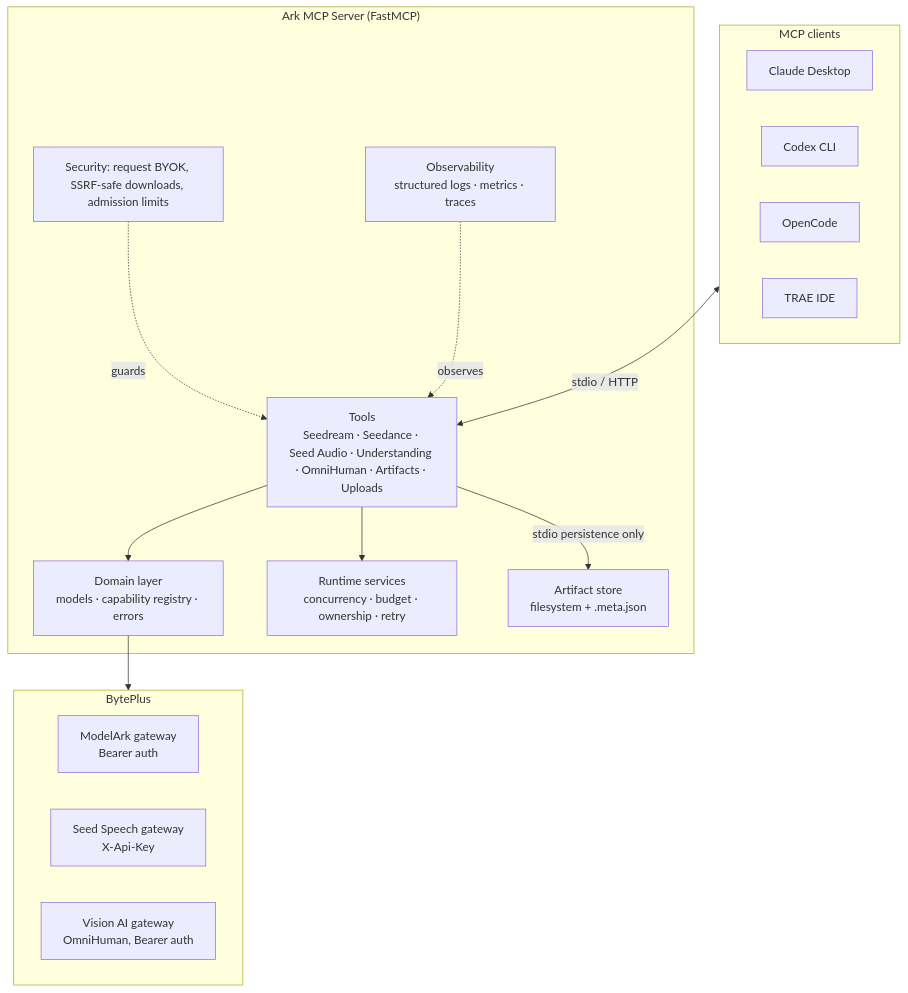
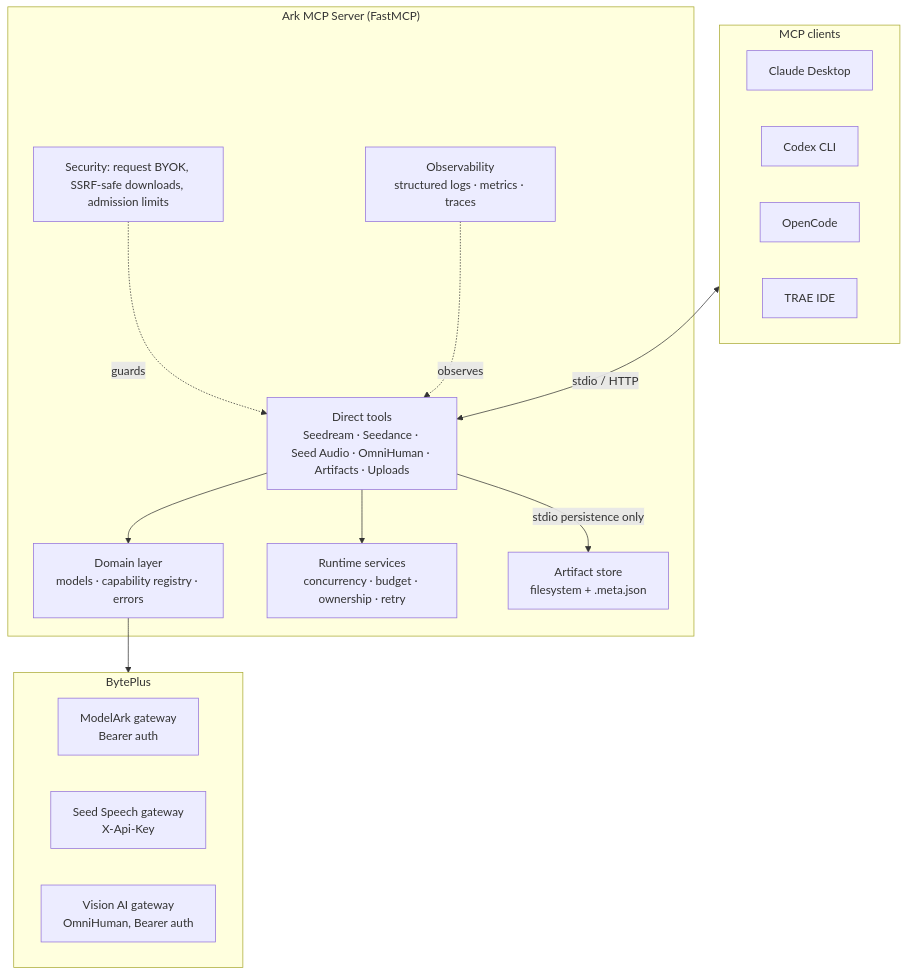
One commit to byteplus-sa/seed-mcp changed the first of 3 diagrams in README.md. Above: the diagram before and after it, drawn with Mermaid. The commit also changed other lines of this file and 274 other files, not shown here.

````diff
--- a/README.md
+++ b/README.md
@@ -175,29 +178,29 @@
 ```mermaid
 flowchart TB
   subgraph Client["MCP clients"]
     CD[Claude Desktop]
     CX[Codex CLI]
     OC[OpenCode]
     TR[TRAE IDE]
   end
   subgraph Server["Ark MCP Server (FastMCP)"]
-    Tools["Tools<br/>Seedream · Seedance · Seed Audio · Understanding · OmniHuman · Artifacts · Uploads"]
+    Tools["Direct tools<br/>Seedream · Seedance · Seed Audio · OmniHuman · Artifacts · Uploads"]
     Domain["Domain layer<br/>models · capability registry · errors"]
     Runtime["Runtime services<br/>concurrency · budget · ownership · retry"]
     Store["Artifact store<br/>filesystem + .meta.json"]
     Sec["Security: request BYOK, SSRF-safe downloads, admission limits"]
     Obs["Observability<br/>structured logs · metrics · traces"]
   end
   subgraph Providers["BytePlus"]
     MA["ModelArk gateway<br/>Bearer auth"]
     SS["Seed Speech gateway<br/>X-Api-Key"]
     CV["Vision AI gateway<br/>OmniHuman, Bearer auth"]
   end
   Client <-->|"stdio / HTTP"| Tools
   Tools --> Domain
   Tools --> Runtime
   Tools -->|"stdio persistence only"| Store
   Domain --> Providers
   Sec -. guards .-> Tools
   Obs -. observes .-> Tools
 ```
````
